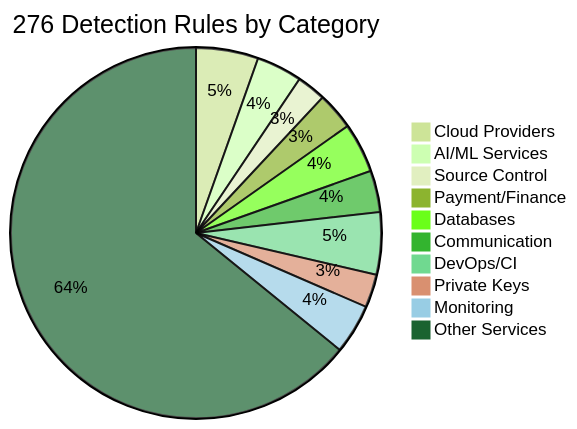
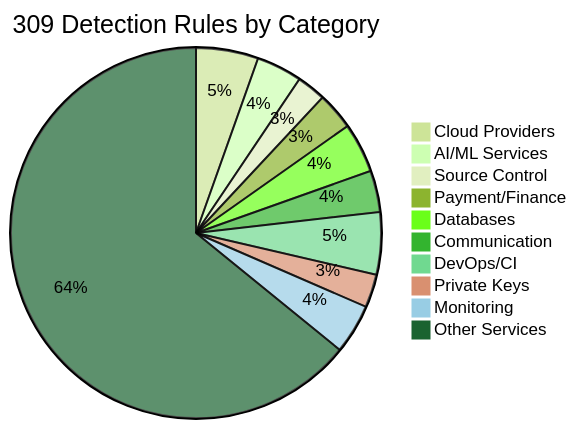
Before and after one commit to svemulapati/CredVigil: diagram 32 of 37 in docs/training/01-core-detection-engine.md, drawn with Mermaid (forest theme). The commit also changed other lines of this file and 2 other files, not shown here.

First line of the commit message:
feat(rules): add 33 modern AI/ML and developer infrastructure detection rules

````diff
--- a/docs/training/01-core-detection-engine.md
+++ b/docs/training/01-core-detection-engine.md
@@ -1825,13 +1827,13 @@
 ```mermaid
-pie title 276 Detection Rules by Category
+pie title 309 Detection Rules by Category
     "Cloud Providers" : 15
     "AI/ML Services" : 11
     "Source Control" : 7
     "Payment/Finance" : 9
     "Databases" : 12
     "Communication" : 10
     "DevOps/CI" : 15
     "Private Keys" : 8
     "Monitoring" : 12
     "Other Services" : 177
 ```
````
